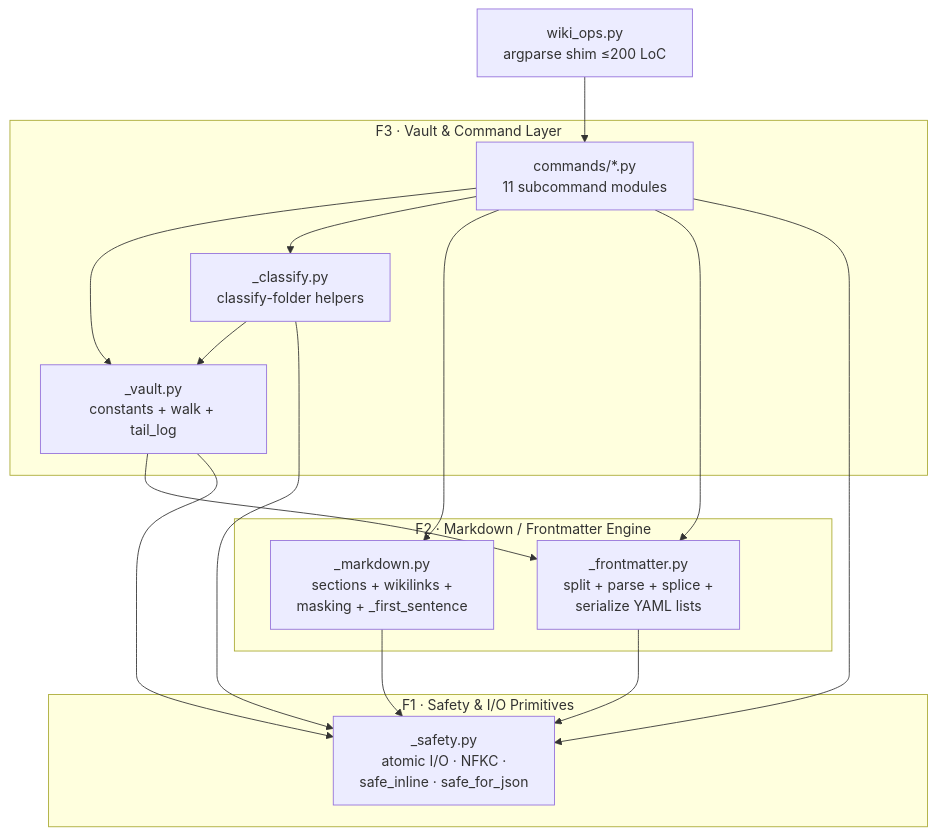
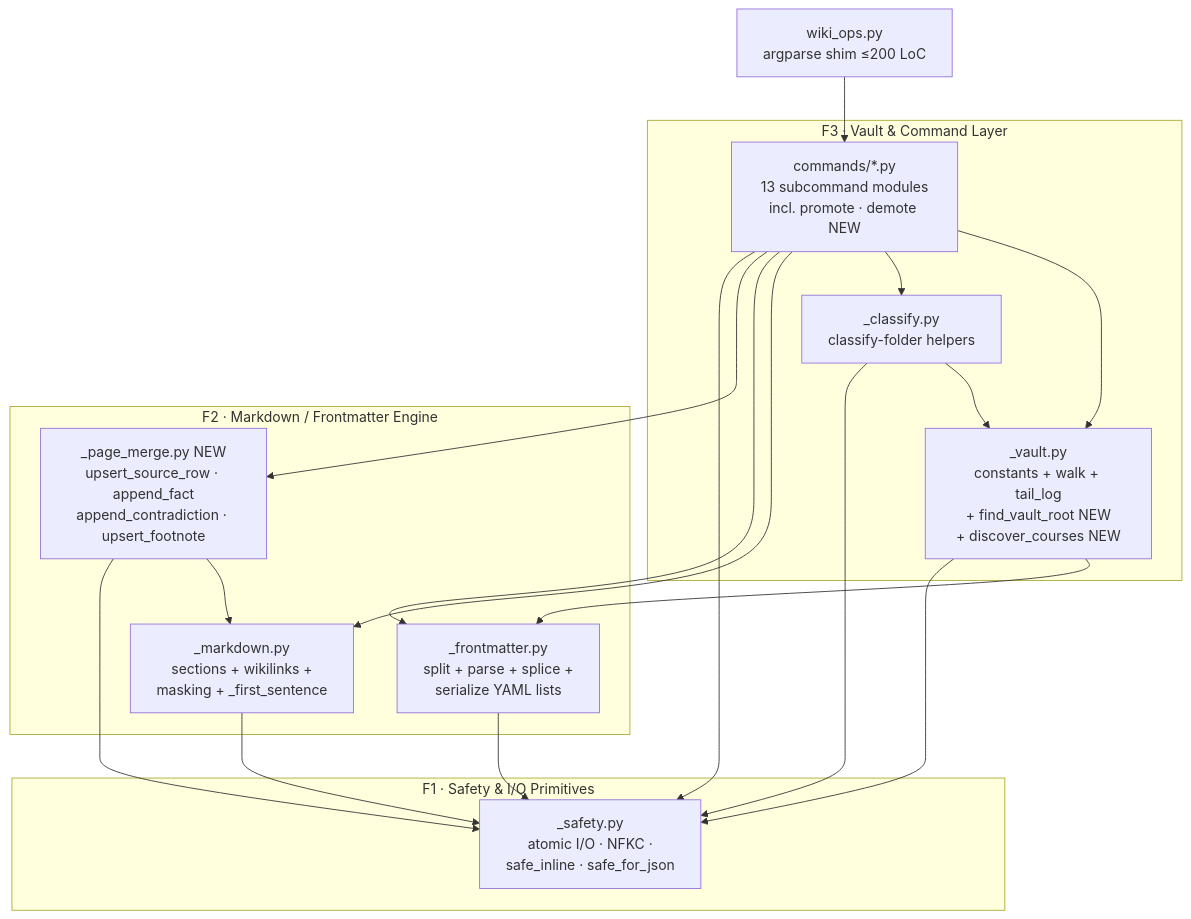
The first of 3 diagrams in docs/ARCHITECTURE.md (MatrixFounder/Universal-skills), drawn with Mermaid before and after one commit. The commit also changed other lines of this file and 43 other files, not shown here.

````diff
--- a/docs/ARCHITECTURE.md
+++ b/docs/ARCHITECTURE.md
@@ -111,34 +231,39 @@
 ```mermaid
 graph TD
     CLI[wiki_ops.py<br/>argparse shim ≤200 LoC] --> CMDS
 
     subgraph F3 [F3 · Vault & Command Layer]
-        CMDS[commands/*.py<br/>11 subcommand modules]
-        VAULT[_vault.py<br/>constants + walk + tail_log]
+        CMDS[commands/*.py<br/>13 subcommand modules<br/>incl. promote · demote NEW]
+        VAULT[_vault.py<br/>constants + walk + tail_log<br/>+ find_vault_root NEW<br/>+ discover_courses NEW]
         CLASSIFY[_classify.py<br/>classify-folder helpers]
     end
 
     subgraph F2 [F2 · Markdown / Frontmatter Engine]
         MD[_markdown.py<br/>sections + wikilinks +<br/>masking + _first_sentence]
         FM[_frontmatter.py<br/>split + parse + splice +<br/>serialize YAML lists]
+        PM[_page_merge.py NEW<br/>upsert_source_row · append_fact<br/>append_contradiction · upsert_footnote]
     end
 
     subgraph F1 [F1 · Safety & I/O Primitives]
         SAFE[_safety.py<br/>atomic I/O · NFKC ·<br/>safe_inline · safe_for_json]
     end
 
     CMDS --> VAULT
     CMDS --> CLASSIFY
     CMDS --> MD
     CMDS --> FM
+    CMDS --> PM
     CMDS --> SAFE
 
     CLASSIFY --> VAULT
     CLASSIFY --> SAFE
 
     VAULT --> FM
     VAULT --> SAFE
 
+    PM --> MD
+    PM --> SAFE
+
     MD --> SAFE
     FM --> SAFE
 ```
````
